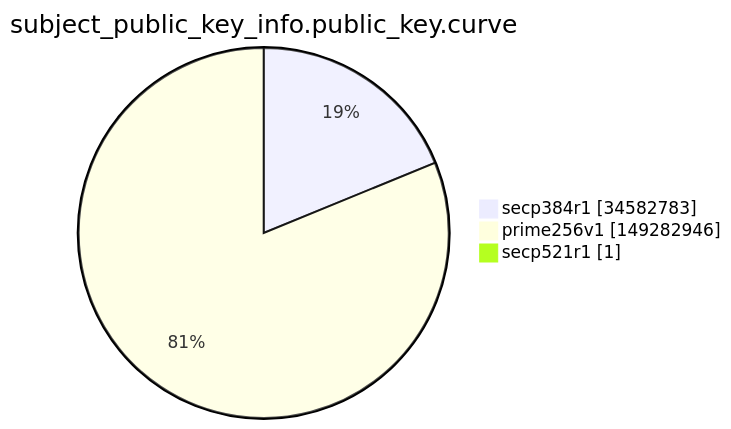
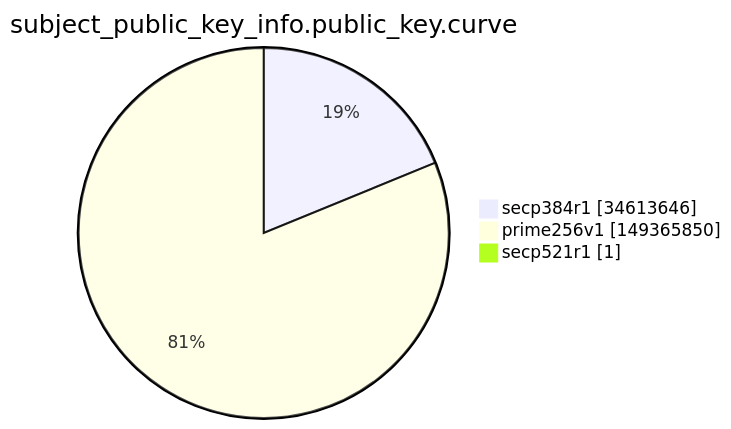
The ninth of 15 diagrams in argon2022/README.md (christiankrug/ctmonitor_visualization), drawn with Mermaid before and after one commit. The commit also changed other lines of this file, not shown here.

````diff
--- a/argon2022/README.md
+++ b/argon2022/README.md
@@ -2764,7 +2764,7 @@
 ```mermaid
 pie showData
 title subject_public_key_info.public_key.curve
-"secp384r1" :34582783
-"prime256v1" :149282946
+"secp384r1" :34613646
+"prime256v1" :149365850
 "secp521r1" :1
 ```
````
